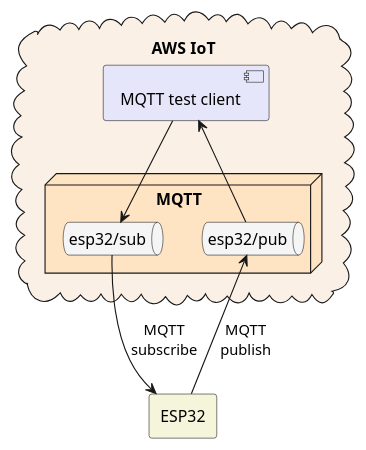
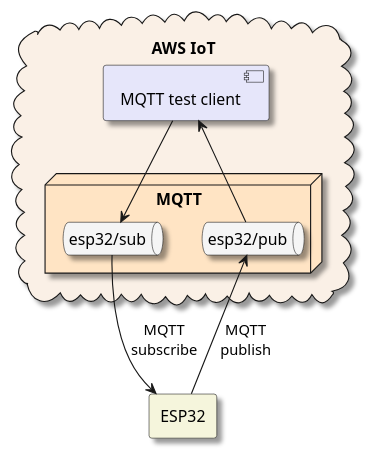
One commit to knowit/esp32-aws changed the diagram in hello-aws/doc/deployment.puml. Above: the diagram before and after it, drawn with PlantUML.

```diff
--- a/hello-aws/doc/deployment.puml
+++ b/hello-aws/doc/deployment.puml
@@ -1,19 +1,20 @@
 @startuml
 
+skinparam shadowing true
 
 cloud awsiot as "AWS IoT" #Linen {
     component testclient as "MQTT test client"  #Lavender
     node MQTT #Bisque {
         queue sub as "esp32/sub"  #WhiteSmoke
         queue pub as "esp32/pub"  #WhiteSmoke
     }
 }
 agent esp32 as "ESP32"  #Beige
 
 testclient --> sub
 testclient <-- pub
 
 sub --> esp32 : MQTT\nsubscribe
 pub <-- esp32  : MQTT\npublish
 
 @enduml
```
